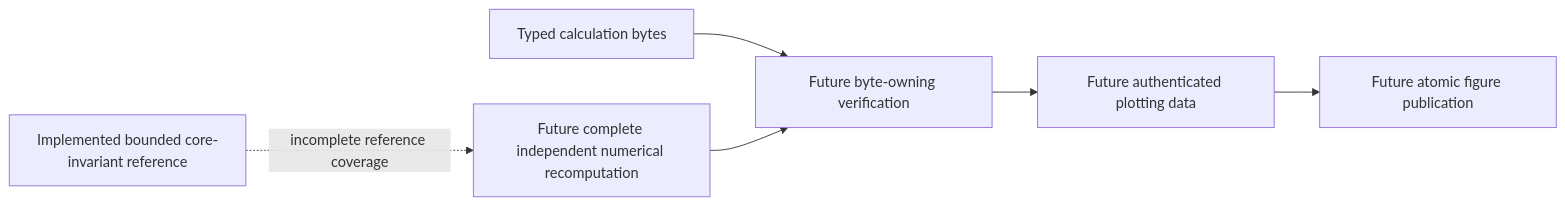
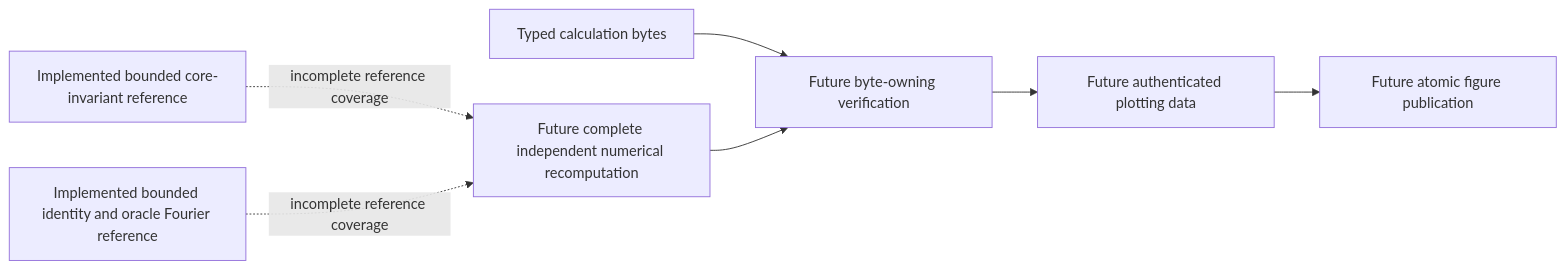
The third of 4 diagrams in docs/architecture/v3/ksdft2effmass/periodic1d/higher_rank_alignment/schematics.md (eragasa/ksdft2effmass), drawn with Mermaid before and after one commit. The commit also changed other lines of this file and 13 other files, not shown here.

Commit message:
Add higher-rank Fourier reference controls

````diff
--- a/docs/architecture/v3/ksdft2effmass/periodic1d/higher_rank_alignment/schematics.md
+++ b/docs/architecture/v3/ksdft2effmass/periodic1d/higher_rank_alignment/schematics.md
@@ -78,14 +78,16 @@
 ```mermaid
 flowchart LR
     C[Typed calculation bytes]
     B[Implemented bounded core-invariant reference]
+    F[Implemented bounded identity and oracle Fourier reference]
     I[Future complete independent numerical recomputation]
     V[Future byte-owning verification]
     D[Future authenticated plotting data]
     G[Future atomic figure publication]
 
     C --> V
     B -. incomplete reference coverage .-> I
+    F -. incomplete reference coverage .-> I
     I --> V
     V --> D --> G
 ```
````
